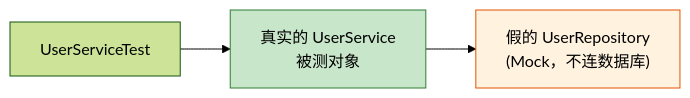
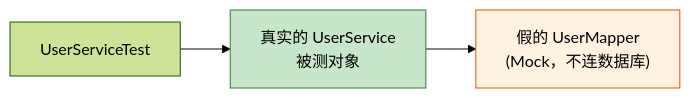
The fourth of 6 diagrams in spring-boot-3.5-学习资料/09-测试.md (zerioo1970/summary), drawn with Mermaid (forest theme) before and after one commit. The commit also changed other lines of this file and 2 other files, not shown here.

````diff
--- a/spring-boot-3.5-学习资料/09-测试.md
+++ b/spring-boot-3.5-学习资料/09-测试.md
@@ -110,8 +111,8 @@
 ```mermaid
 flowchart LR
     A[UserServiceTest] --> B[真实的 UserService<br/>被测对象]
-    B --> C["假的 UserRepository<br/>(Mock，不连数据库)"]
+    B --> C["假的 UserMapper<br/>(Mock，不连数据库)"]
 
     style B fill:#c8e6c9,stroke:#2e7d32
     style C fill:#fff3e0,stroke:#e65100
 ```
````
